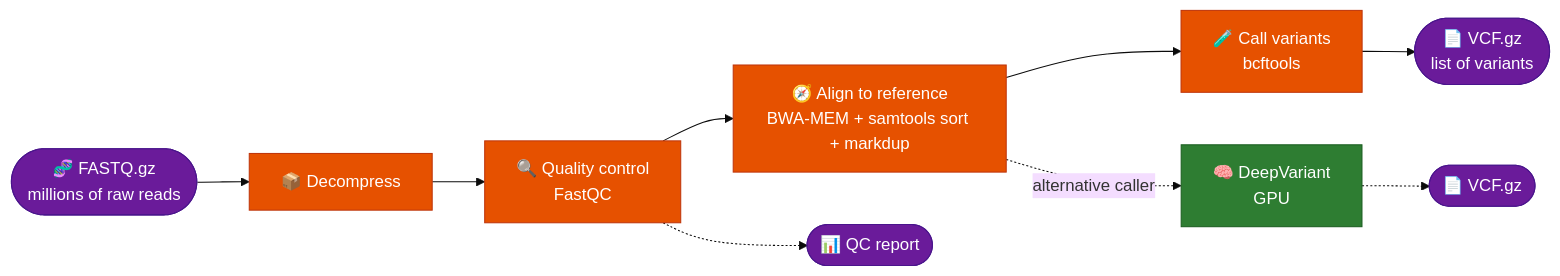
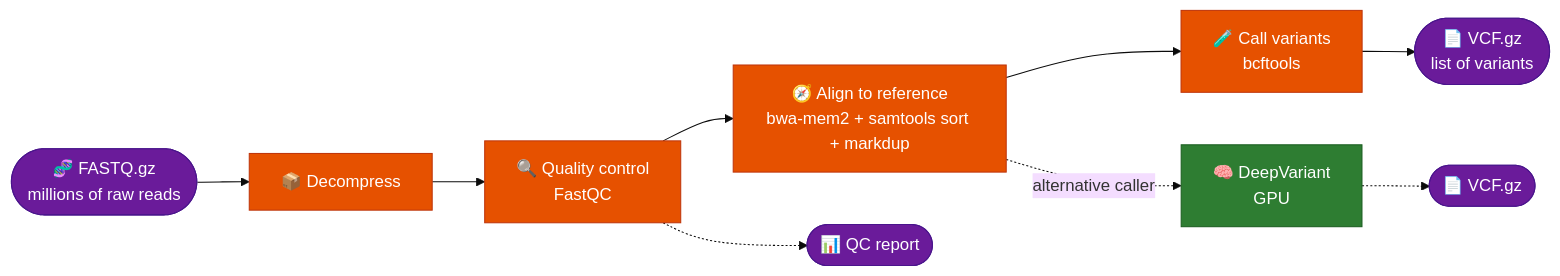
Before and after one commit to Harry5haw/Geyser-Genomics: the first of 3 diagrams in README.md, drawn with Mermaid (base theme). The commit also changed other lines of this file, not shown here.

Commit message:
README: bwa-mem2 aligner, ALIGNER switch and index notes

````diff
--- a/README.md
+++ b/README.md
@@ -74,18 +74,18 @@
 ```mermaid
 flowchart LR
     IN(["🧬 FASTQ.gz<br/>millions of raw reads"]) --> D["📦 Decompress"]
     D --> Q["🔍 Quality control<br/>FastQC"]
-    Q --> A["🧭 Align to reference<br/>BWA-MEM + samtools sort + markdup"]
+    Q --> A["🧭 Align to reference<br/>bwa-mem2 + samtools sort + markdup"]
     A --> V["🧪 Call variants<br/>bcftools"]
     V --> OUT(["📄 VCF.gz<br/>list of variants"])
     A -.->|"alternative caller"| DV["🧠 DeepVariant<br/>GPU"]
     DV -.-> OUT2(["📄 VCF.gz"])
     Q -.-> R(["📊 QC report"])
 
     classDef io fill:#6A1B9A,stroke:#4A148C,color:#fff
     classDef stage fill:#E65100,stroke:#BF360C,color:#fff
     classDef alt fill:#2E7D32,stroke:#1B5E20,color:#fff
     class IN,OUT,OUT2,R io
     class D,Q,A,V stage
     class DV alt
 ```
````
